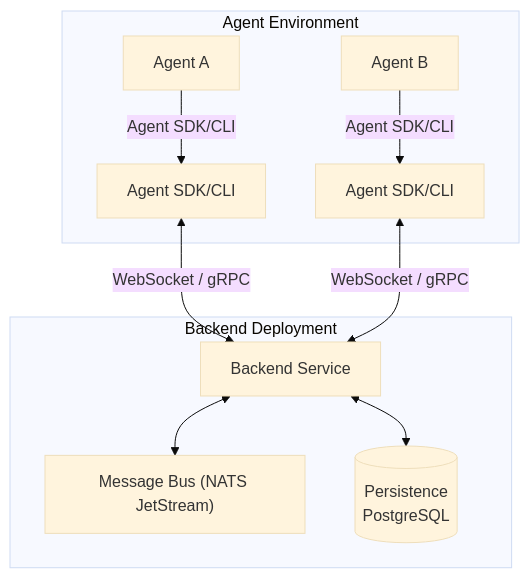
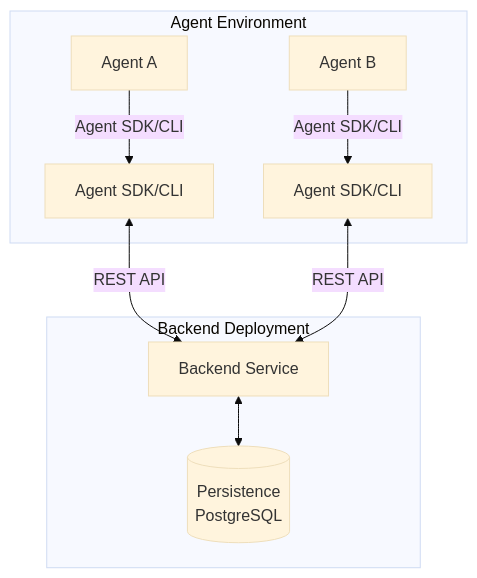
The first of 5 diagrams in docs/architecture/design-spec.md (YourBroDuke/bobberchat), drawn with Mermaid (base theme) before and after one commit. The commit also changed other lines of this file and 3 other files, not shown here.

Commit message:
docs: Remove NATS and WebSocket references; update architecture to direct PostgreSQL persistence and REST polling

````diff
--- a/docs/architecture/design-spec.md
+++ b/docs/architecture/design-spec.md
@@ -137,18 +137,16 @@
 ```mermaid
 graph TD
     subgraph "Backend Deployment"
         Backend["Backend Service"]
-        NATS["Message Bus (NATS JetStream)"]
         DB[(Persistence<br/>PostgreSQL)]
-        Backend <--> NATS
         Backend <--> DB
     end
 
     subgraph "Agent Environment"
         AgentA["Agent A"] -- "Agent SDK/CLI" --> SDKA["Agent SDK/CLI"]
         AgentB["Agent B"] -- "Agent SDK/CLI" --> SDKB["Agent SDK/CLI"]
     end
 
-    SDKA <-- "WebSocket / gRPC" --> Backend
-    SDKB <-- "WebSocket / gRPC" --> Backend
+    SDKA <-- "REST API" --> Backend
+    SDKB <-- "REST API" --> Backend
 ```
````
